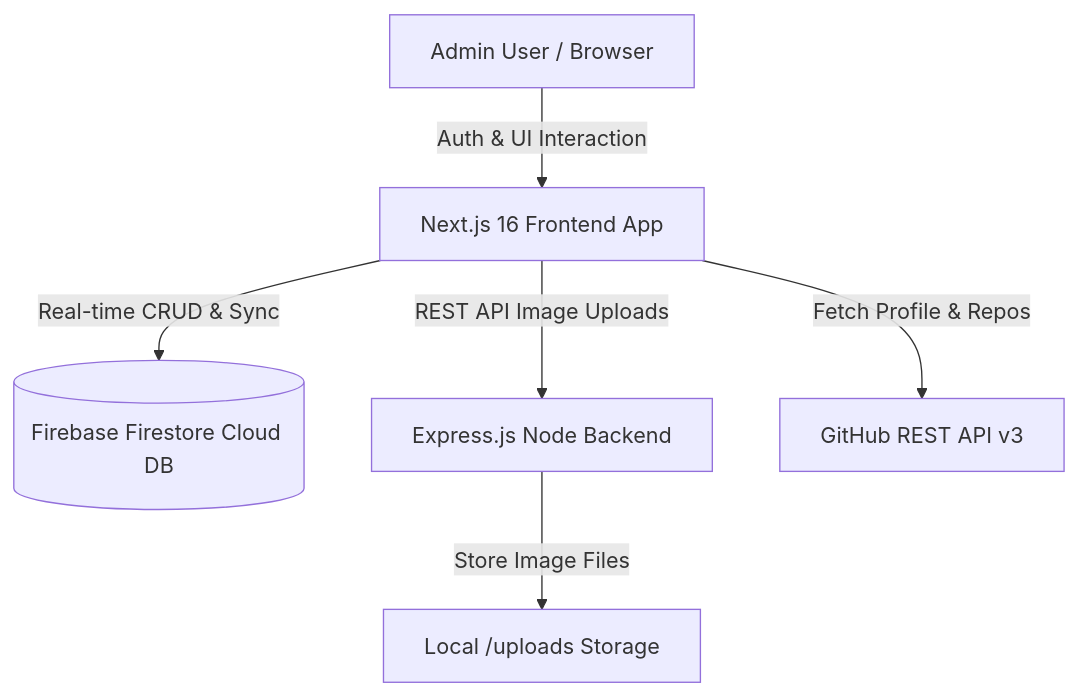
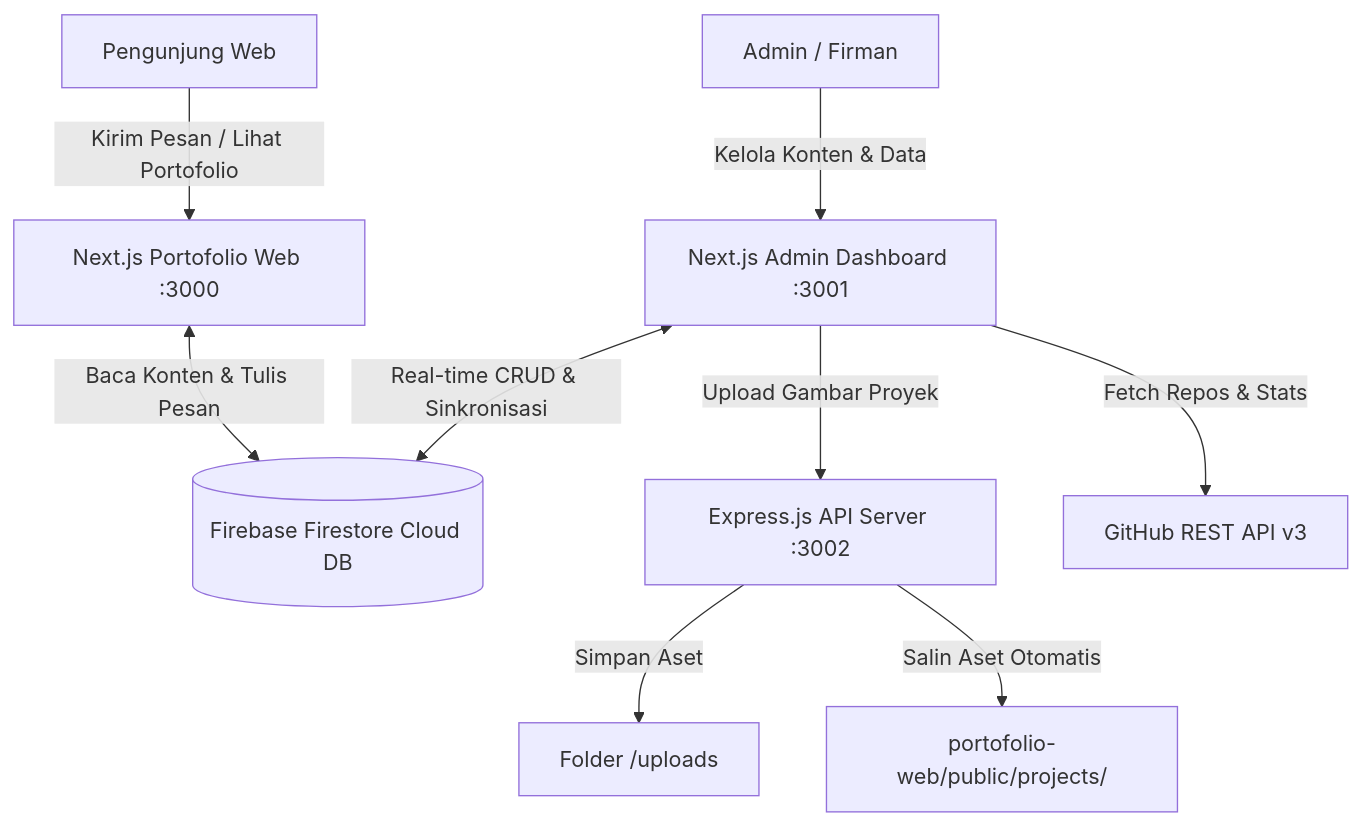
One commit to moch-firmansyahh/management-portofolio--admin- changed the diagram in README.md. Above: the diagram before and after it, drawn with Mermaid. The commit also changed other lines of this file, not shown here.

Commit message:
docs: comprehensive update to README with all CMS modules, API specs, and setup guide

````diff
--- a/README.md
+++ b/README.md
@@ -46,8 +81,14 @@
 ```mermaid
 graph TD
-    A[Admin User / Browser] -->|Auth & UI Interaction| B[Next.js 16 Frontend App]
-    B -->|Real-time CRUD & Sync| C[(Firebase Firestore Cloud DB)]
-    B -->|REST API Image Uploads| D[Express.js Node Backend]
-    B -->|Fetch Profile & Repos| E[GitHub REST API v3]
-    D -->|Store Image Files| F[Local /uploads Storage]
+    User[Pengunjung Web] -->|Kirim Pesan / Lihat Portofolio| Web[Next.js Portofolio Web :3000]
+    Admin[Admin / Firman] -->|Kelola Konten & Data| AdminApp[Next.js Admin Dashboard :3001]
+    
+    Web <-->|Baca Konten & Tulis Pesan| Firestore[(Firebase Firestore Cloud DB)]
+    AdminApp <-->|Real-time CRUD & Sinkronisasi| Firestore
+    
+    AdminApp -->|Upload Gambar Proyek| Backend[Express.js API Server :3002]
+    Backend -->|Simpan Aset| UploadsDir[Folder /uploads]
+    Backend -->|Salin Aset Otomatis| PublicWeb[portofolio-web/public/projects/]
+    
+    AdminApp -->|Fetch Repos & Stats| GitHubAPI[GitHub REST API v3]
 ```
````
